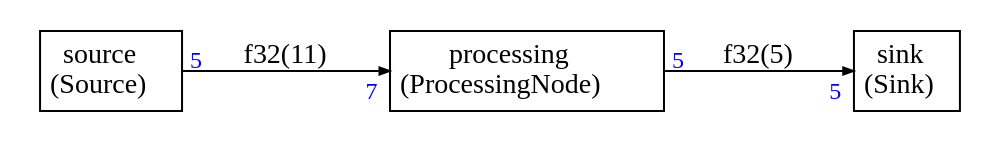
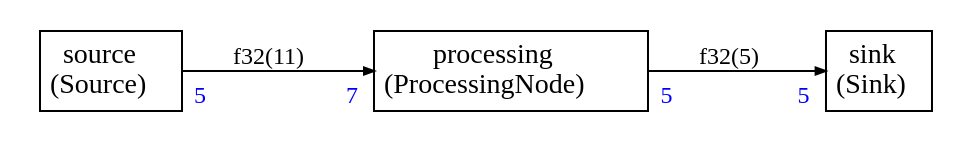
The diagram in Examples/example1/test.dot (ARM-software/CMSIS-Stream), drawn with Graphviz before and after one commit. The commit also changed 200 other files, not shown here.

First line of the commit message:
Preliminary work on graph styling

```diff
--- a/Examples/example1/test.dot
+++ b/Examples/example1/test.dot
@@ -1,48 +1,48 @@
 
 
 
 
 digraph structs {
-    node [shape=plaintext]
+    bgcolor = "white"
+    node [shape=plaintext,color="black",fontcolor="black",fontname="Times-Roman"]
     rankdir=LR
-    edge [arrowsize=0.5]
-    fontname="times"
+    edge [arrowsize="0.5",color="black",fontcolor="black",fontname="Times-Roman"]
 
 
 processing [label=<
-<TABLE BORDER="0" CELLBORDER="1" CELLSPACING="0" CELLPADDING="4">
+<TABLE color="black" bgcolor="none" BORDER="0" CELLBORDER="1" CELLSPACING="0" CELLPADDING="4">
   <TR>
-    <TD ALIGN="CENTER" PORT="i">processing<BR/>(ProcessingNode)</TD>
+    <TD ALIGN="CENTER" PORT="i"><FONT COLOR="black" POINT-SIZE="14.0">processing<BR/>(ProcessingNode)</FONT></TD>
   </TR>
 </TABLE>>];
 
 sink [label=<
-<TABLE BORDER="0" CELLBORDER="1" CELLSPACING="0" CELLPADDING="4">
+<TABLE color="black" bgcolor="none" BORDER="0" CELLBORDER="1" CELLSPACING="0" CELLPADDING="4">
   <TR>
-    <TD ALIGN="CENTER" PORT="i">sink<BR/>(Sink)</TD>
+    <TD ALIGN="CENTER" PORT="i"><FONT COLOR="black" POINT-SIZE="14.0">sink<BR/>(Sink)</FONT></TD>
   </TR>
 </TABLE>>];
 
 source [label=<
-<TABLE BORDER="0" CELLBORDER="1" CELLSPACING="0" CELLPADDING="4">
+<TABLE color="black" bgcolor="none" BORDER="0" CELLBORDER="1" CELLSPACING="0" CELLPADDING="4">
   <TR>
-    <TD ALIGN="CENTER" PORT="i">source<BR/>(Source)</TD>
+    <TD ALIGN="CENTER" PORT="i"><FONT COLOR="black" POINT-SIZE="14.0">source<BR/>(Source)</FONT></TD>
   </TR>
 </TABLE>>];
 
 
 
-source:i -> processing:i [label="f32(11)"
-,headlabel=<<TABLE BORDER="0" CELLPADDING="2"><TR><TD><FONT COLOR="blue" POINT-SIZE="12.0" >7</FONT>
+source:i -> processing:i [style="solid",color="black",fontsize="12.0",fontcolor="black",label=<f32(11)>
+,headlabel=<<TABLE BORDER="0" CELLPADDING="4"><TR><TD><FONT COLOR="blue" POINT-SIZE="12.0" >7</FONT>
 </TD></TR></TABLE>>
-,taillabel=<<TABLE BORDER="0" CELLPADDING="2"><TR><TD><FONT COLOR="blue" POINT-SIZE="12.0" >5</FONT>
+,taillabel=<<TABLE BORDER="0" CELLPADDING="4"><TR><TD><FONT COLOR="blue" POINT-SIZE="12.0" >5</FONT>
 </TD></TR></TABLE>>]
 
-processing:i -> sink:i [label="f32(5)"
-,headlabel=<<TABLE BORDER="0" CELLPADDING="2"><TR><TD><FONT COLOR="blue" POINT-SIZE="12.0" >5</FONT>
+processing:i -> sink:i [style="solid",color="black",fontsize="12.0",fontcolor="black",label=<f32(5)>
+,headlabel=<<TABLE BORDER="0" CELLPADDING="4"><TR><TD><FONT COLOR="blue" POINT-SIZE="12.0" >5</FONT>
 </TD></TR></TABLE>>
-,taillabel=<<TABLE BORDER="0" CELLPADDING="2"><TR><TD><FONT COLOR="blue" POINT-SIZE="12.0" >5</FONT>
+,taillabel=<<TABLE BORDER="0" CELLPADDING="4"><TR><TD><FONT COLOR="blue" POINT-SIZE="12.0" >5</FONT>
 </TD></TR></TABLE>>]
 
 
 }
```
